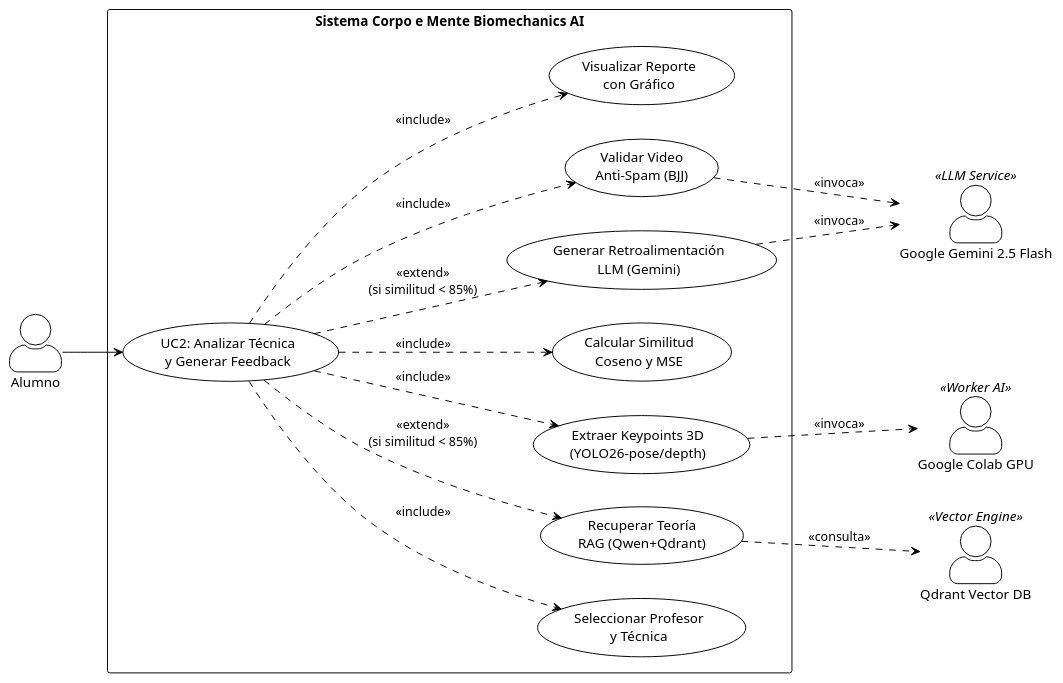
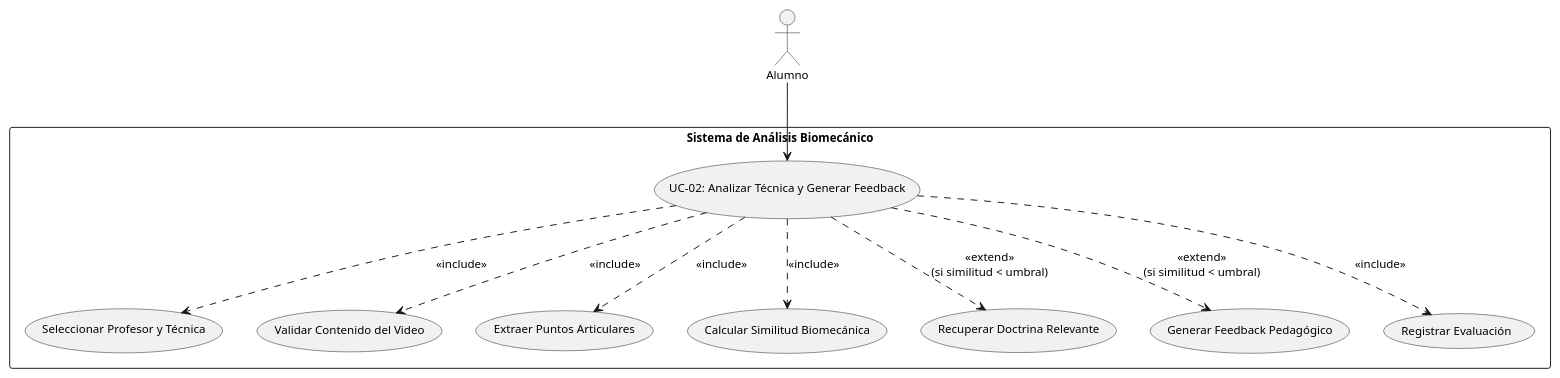
One commit to Tsmrain/JiuJitsu changed the diagram in Libros/Diagramas/CU-2/01_caso_de_uso_uc2.puml. Above: the diagram before and after it, drawn with PlantUML. The commit also changed 3 other files, not shown here.

```diff
--- a/Libros/Diagramas/CU-2/01_caso_de_uso_uc2.puml
+++ b/Libros/Diagramas/CU-2/01_caso_de_uso_uc2.puml
@@ -1,38 +1,28 @@
 @startuml
-!theme plain
-left to right direction
+skinparam defaultFontName "Arial"
+skinparam defaultFontSize 12
 skinparam packageStyle rectangle
-skinparam actorStyle awesome
 
-actor "Alumno" as Alumno
-actor "Google Colab GPU" as Colab <<Worker AI>>
-actor "Google Gemini 2.5 Flash" as Gemini <<LLM Service>>
-actor "Qdrant Vector DB" as Qdrant <<Vector Engine>>
+actor "Alumno" as alumno
 
-rectangle "Sistema Corpo e Mente Biomechanics AI" {
-    usecase "UC2: Analizar Técnica\ny Generar Feedback" as UC2
-    
-    usecase "Seleccionar Profesor\ny Técnica" as UC2_Sel
-    usecase "Validar Video\nAnti-Spam (BJJ)" as UC2_Spam
-    usecase "Extraer Keypoints 3D\n(YOLO26-pose/depth)" as UC2_YOLO
-    usecase "Calcular Similitud\nCoseno y MSE" as UC2_Calc
-    usecase "Recuperar Teoría\nRAG (Qwen+Qdrant)" as UC2_RAG
-    usecase "Generar Retroalimentación\nLLM (Gemini)" as UC2_Gem
-    usecase "Visualizar Reporte\ncon Gráfico" as UC2_Rep
+rectangle "Sistema de Análisis Biomecánico" {
+  usecase "UC-02: Analizar Técnica y Generar Feedback" as UC02
+  usecase "Seleccionar Profesor y Técnica" as UC02_1
+  usecase "Validar Contenido del Video" as UC02_2
+  usecase "Extraer Puntos Articulares" as UC02_3
+  usecase "Calcular Similitud Biomecánica" as UC02_4
+  usecase "Recuperar Doctrina Relevante" as UC02_5
+  usecase "Generar Feedback Pedagógico" as UC02_6
+  usecase "Registrar Evaluación" as UC02_7
 }
 
-Alumno --> UC2
-UC2 ..> UC2_Sel : <<include>>
-UC2 ..> UC2_Spam : <<include>>
-UC2 ..> UC2_YOLO : <<include>>
-UC2 ..> UC2_Calc : <<include>>
-UC2 ..> UC2_Rep : <<include>>
-UC2 ..> UC2_RAG : <<extend>>\n(si similitud < 85%)
-UC2 ..> UC2_Gem : <<extend>>\n(si similitud < 85%)
-
-UC2_Spam ..> Gemini : <<invoca>>
-UC2_YOLO ..> Colab : <<invoca>>
-UC2_RAG ..> Qdrant : <<consulta>>
-UC2_Gem ..> Gemini : <<invoca>>
+alumno --> UC02
+UC02 ..> UC02_1 : <<include>>
+UC02 ..> UC02_2 : <<include>>
+UC02 ..> UC02_3 : <<include>>
+UC02 ..> UC02_4 : <<include>>
+UC02 ..> UC02_5 : <<extend>>\n(si similitud < umbral)
+UC02 ..> UC02_6 : <<extend>>\n(si similitud < umbral)
+UC02 ..> UC02_7 : <<include>>
 
 @enduml
```
